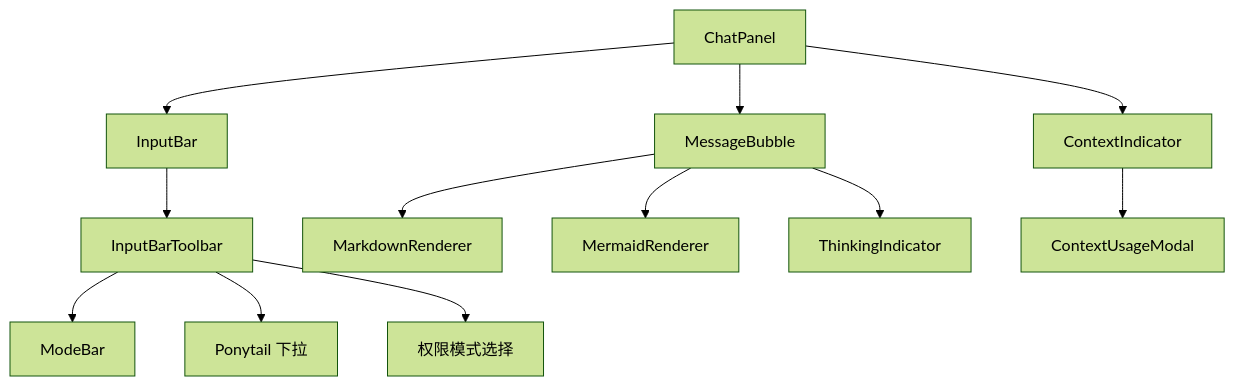
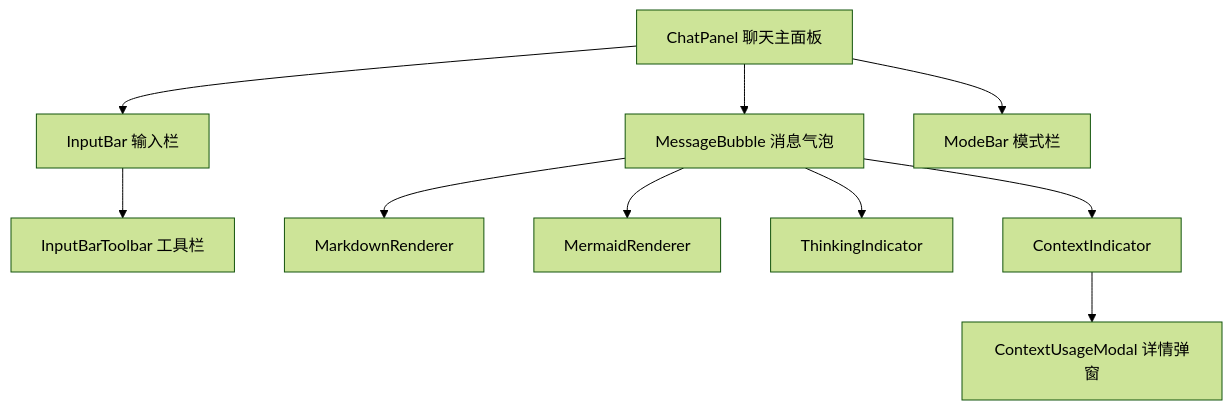
The first of 2 diagrams in doc/modules/前端-聊天.md (Max-Null/super-bazooka), drawn with Mermaid (forest theme) before and after one commit. The commit also changed other lines of this file and 29 other files, not shown here.

````diff
--- a/doc/modules/前端-聊天.md
+++ b/doc/modules/前端-聊天.md
@@ -17,14 +15,12 @@
 ```mermaid
 graph TD
-    A[ChatPanel] --> B[MessageBubble]
-    A --> C[InputBar]
-    A --> D[ContextIndicator]
-    C --> E[InputBarToolbar]
-    E --> F[ModeBar]
-    E --> G[Ponytail 下拉]
-    E --> H[权限模式选择]
-    B --> I[MarkdownRenderer]
-    B --> J[MermaidRenderer]
-    B --> K[ThinkingIndicator]
-    D --> L[ContextUsageModal]
+    ChatPanel[ChatPanel 聊天主面板] --> MessageBubble[MessageBubble 消息气泡]
+    ChatPanel --> InputBar[InputBar 输入栏]
+    ChatPanel --> ModeBar[ModeBar 模式栏]
+    InputBar --> InputBarToolbar[InputBarToolbar 工具栏]
+    MessageBubble --> MarkdownRenderer[MarkdownRenderer]
+    MessageBubble --> MermaidRenderer[MermaidRenderer]
+    MessageBubble --> ThinkingIndicator[ThinkingIndicator]
+    MessageBubble --> ContextIndicator[ContextIndicator]
+    ContextIndicator --> ContextUsageModal[ContextUsageModal 详情弹窗]
 ```
````
